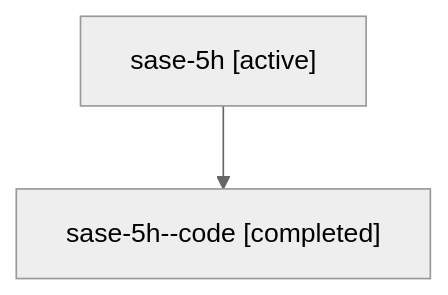
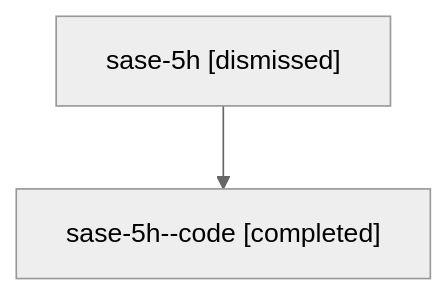
Before and after one commit to sase-org/sase--agents: the diagram in sessions/bbugyi200.athena.sase-5h.md, drawn with Mermaid (neutral theme). The commit also changed other lines of this file and 43 other files, not shown here.

````diff
--- a/sessions/bbugyi200.athena.sase-5h.md
+++ b/sessions/bbugyi200.athena.sase-5h.md
@@ -9,6 +9,6 @@
 ```mermaid
 flowchart TD
-  n0["sase-5h [active]"]
+  n0["sase-5h [dismissed]"]
   n1["sase-5h--code [completed]"]
   n0 --> n1
 ```
````
